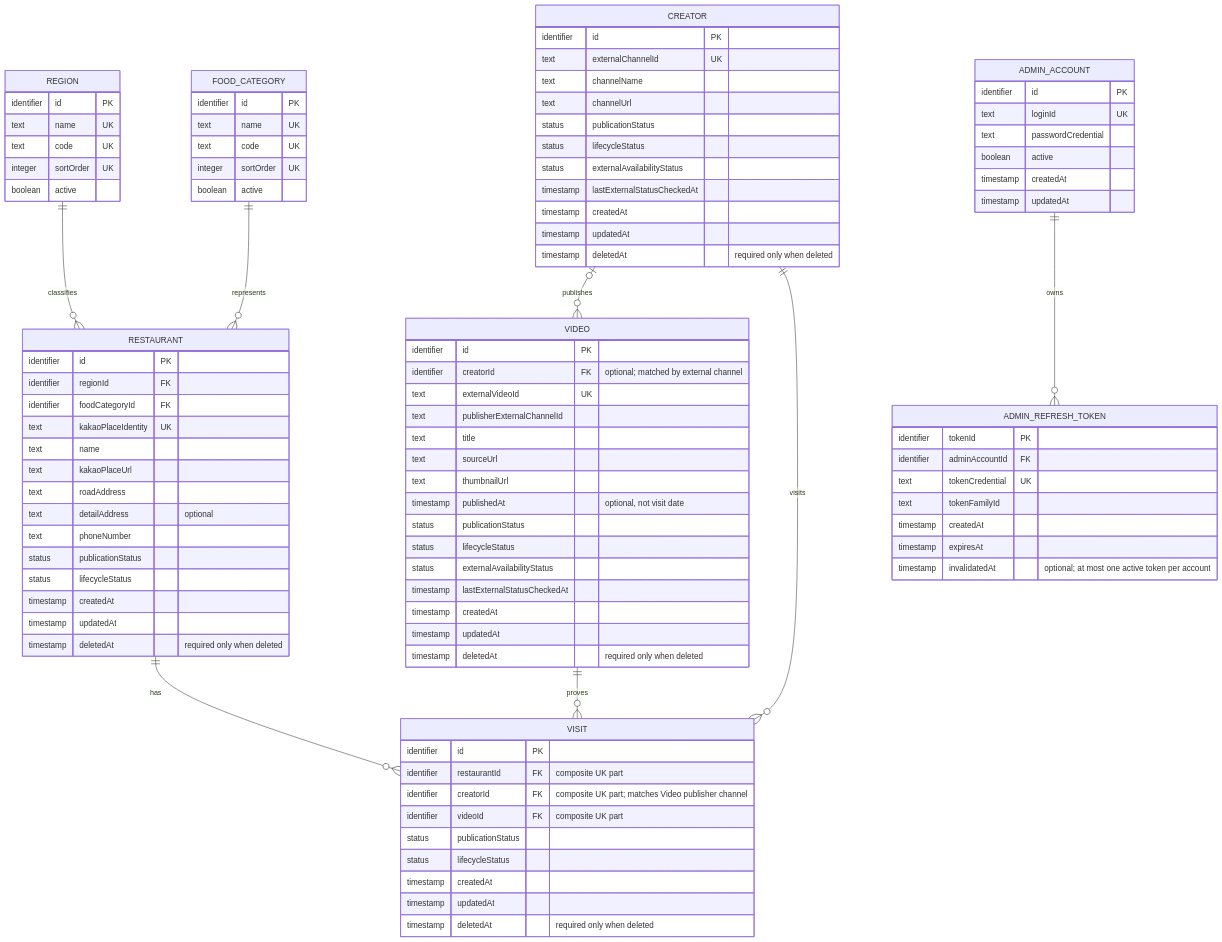
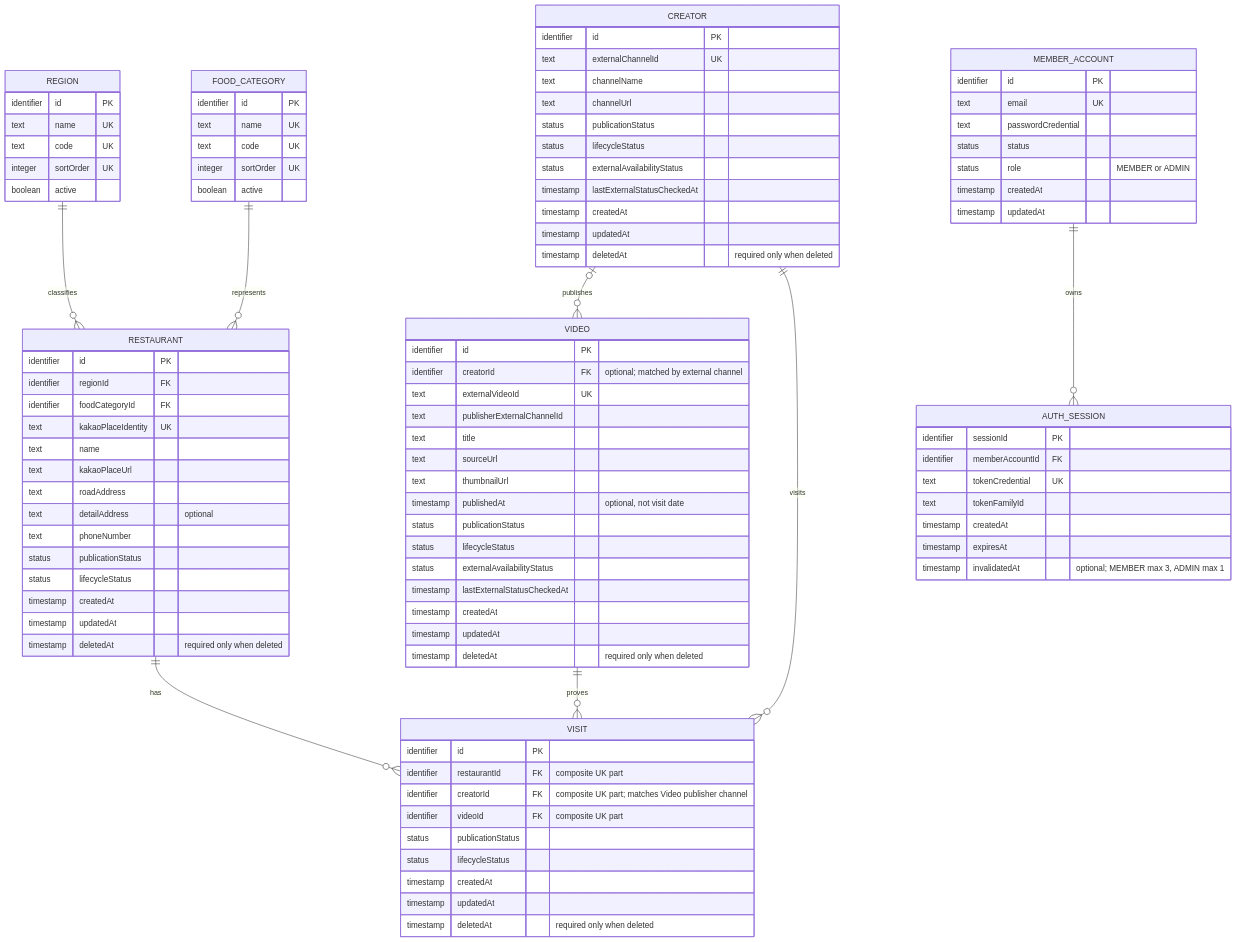
The diagram in docs/05-specs/diagrams/erd.mmd (team-youngkk/masit-on), drawn with Mermaid before and after one commit. The commit also changed 68 other files, not shown here.

```diff
--- a/docs/05-specs/diagrams/erd.mmd
+++ b/docs/05-specs/diagrams/erd.mmd
@@ -1,104 +1,105 @@
 erDiagram
     REGION ||--o{ RESTAURANT : classifies
     FOOD_CATEGORY ||--o{ RESTAURANT : represents
     CREATOR o|--o{ VIDEO : publishes
     RESTAURANT ||--o{ VISIT : has
     CREATOR ||--o{ VISIT : visits
     VIDEO ||--o{ VISIT : proves
-    ADMIN_ACCOUNT ||--o{ ADMIN_REFRESH_TOKEN : owns
+    MEMBER_ACCOUNT ||--o{ AUTH_SESSION : owns
 
     REGION {
         identifier id PK
         text name UK
         text code UK
         integer sortOrder UK
         boolean active
     }
 
     FOOD_CATEGORY {
         identifier id PK
         text name UK
         text code UK
         integer sortOrder UK
         boolean active
     }
 
     RESTAURANT {
         identifier id PK
         identifier regionId FK
         identifier foodCategoryId FK
         text kakaoPlaceIdentity UK
         text name
         text kakaoPlaceUrl
         text roadAddress
         text detailAddress "optional"
         text phoneNumber
         status publicationStatus
         status lifecycleStatus
         timestamp createdAt
         timestamp updatedAt
         timestamp deletedAt "required only when deleted"
     }
 
     CREATOR {
         identifier id PK
         text externalChannelId UK
         text channelName
         text channelUrl
         status publicationStatus
         status lifecycleStatus
         status externalAvailabilityStatus
         timestamp lastExternalStatusCheckedAt
         timestamp createdAt
         timestamp updatedAt
         timestamp deletedAt "required only when deleted"
     }
 
     VIDEO {
         identifier id PK
         identifier creatorId FK "optional; matched by external channel"
         text externalVideoId UK
         text publisherExternalChannelId
         text title
         text sourceUrl
         text thumbnailUrl
         timestamp publishedAt "optional, not visit date"
         status publicationStatus
         status lifecycleStatus
         status externalAvailabilityStatus
         timestamp lastExternalStatusCheckedAt
         timestamp createdAt
         timestamp updatedAt
         timestamp deletedAt "required only when deleted"
     }
 
     VISIT {
         identifier id PK
         identifier restaurantId FK "composite UK part"
         identifier creatorId FK "composite UK part; matches Video publisher channel"
         identifier videoId FK "composite UK part"
         status publicationStatus
         status lifecycleStatus
         timestamp createdAt
         timestamp updatedAt
         timestamp deletedAt "required only when deleted"
     }
 
-    ADMIN_ACCOUNT {
+    MEMBER_ACCOUNT {
         identifier id PK
-        text loginId UK
+        text email UK
         text passwordCredential
-        boolean active
+        status status
+        status role "MEMBER or ADMIN"
         timestamp createdAt
         timestamp updatedAt
     }
 
-    ADMIN_REFRESH_TOKEN {
-        identifier tokenId PK
-        identifier adminAccountId FK
+    AUTH_SESSION {
+        identifier sessionId PK
+        identifier memberAccountId FK
         text tokenCredential UK
         text tokenFamilyId
         timestamp createdAt
         timestamp expiresAt
-        timestamp invalidatedAt "optional; at most one active token per account"
+        timestamp invalidatedAt "optional; MEMBER max 3, ADMIN max 1"
     }
```
